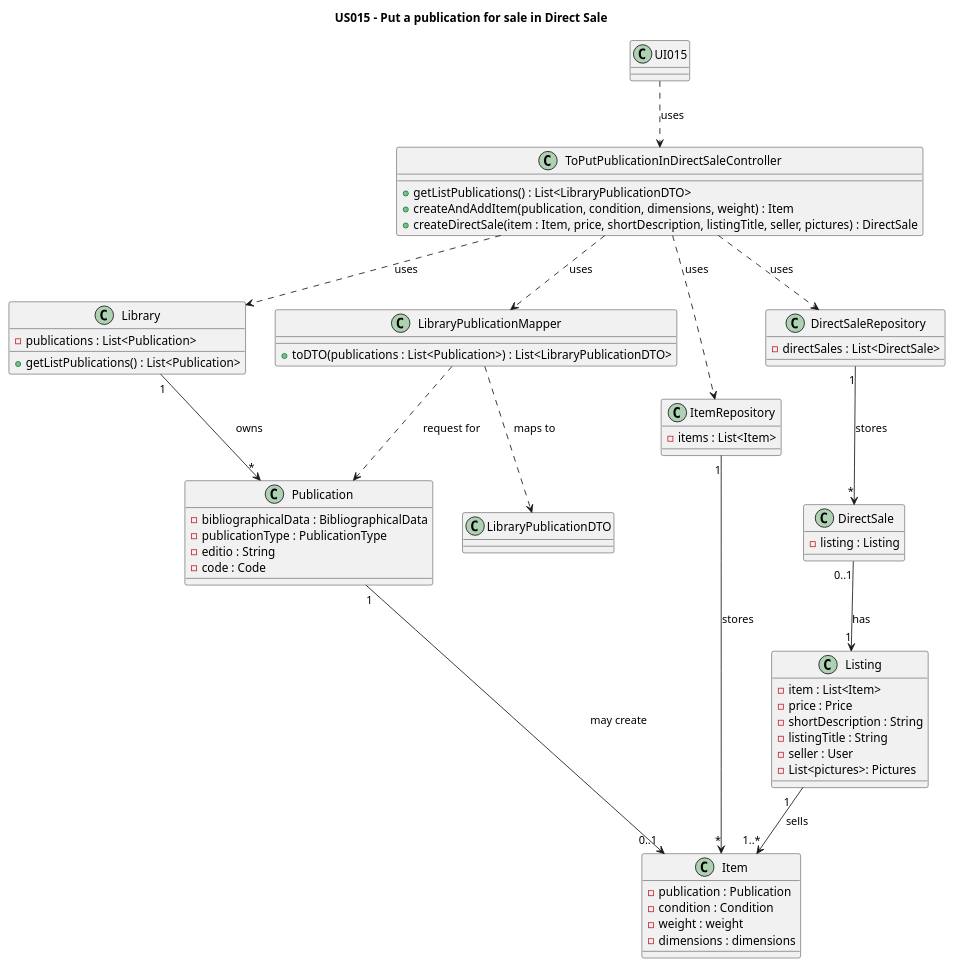
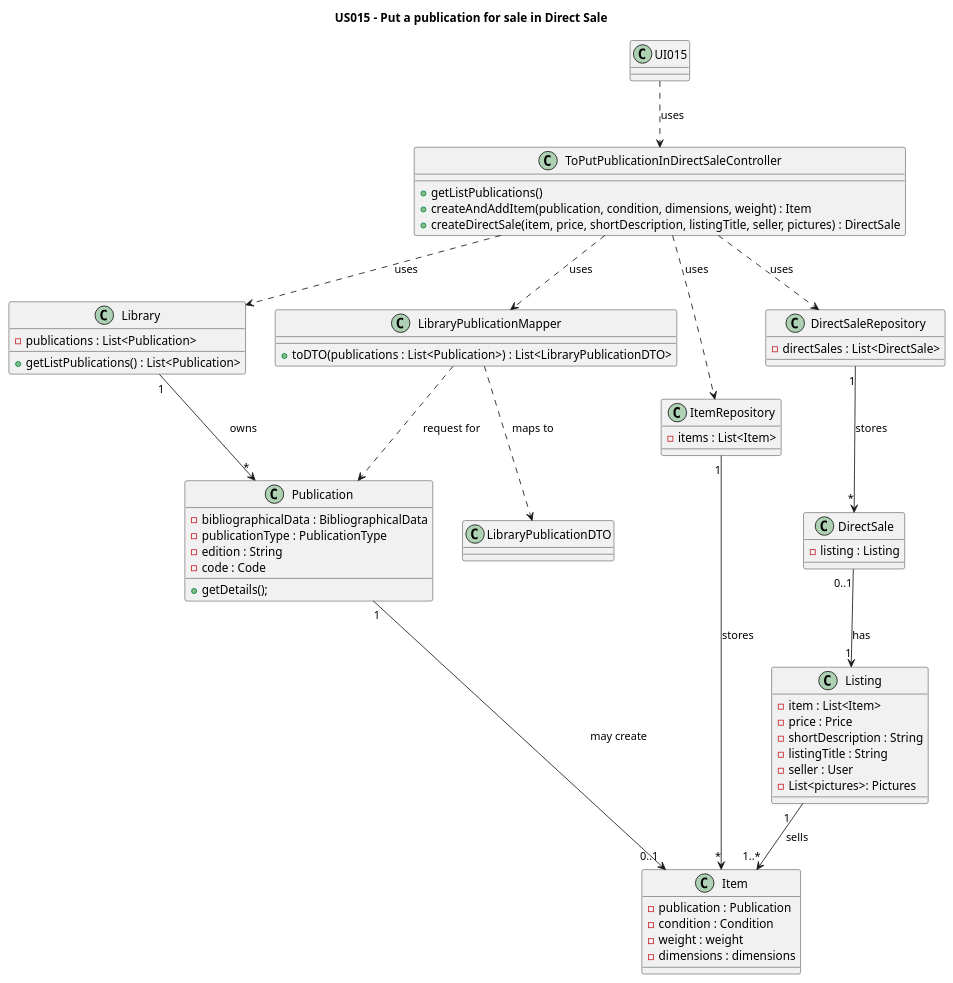
Before and after one commit to AndrePereiraGitH/SWitCH-Project-Team_A: the diagram in Diagrams/ClassDiagrams/US015-To-put-for-sale-a-publication-in-my-library-in-a-Direct-Sale.puml, drawn with PlantUML. The commit also changed 11 other files, not shown here.

```diff
--- a/Diagrams/ClassDiagrams/US015-To-put-for-sale-a-publication-in-my-library-in-a-Direct-Sale.puml
+++ b/Diagrams/ClassDiagrams/US015-To-put-for-sale-a-publication-in-my-library-in-a-Direct-Sale.puml
@@ -1,78 +1,80 @@
 @startuml
 title US015 - Put a publication for sale in Direct Sale
 
 class UI015 {}
 
 class ToPutPublicationInDirectSaleController {
-    + getListPublications() : List<LibraryPublicationDTO>
+    + getListPublications()
     + createAndAddItem(publication, condition, dimensions, weight) : Item
-    + createDirectSale(item : Item, price, shortDescription, listingTitle, seller, pictures) : DirectSale
+    + createDirectSale(item, price, shortDescription, listingTitle, seller, pictures) : DirectSale
 }
 class Library {
     - publications : List<Publication>
     + getListPublications() : List<Publication>
 }
 
 class Publication {
     - bibliographicalData : BibliographicalData
     - publicationType : PublicationType
-    - editio : String
+    - edition : String
     - code : Code
+    +getDetails();
 }
 
 class LibraryPublicationDTO
 
 class LibraryPublicationMapper {
     + toDTO(publications : List<Publication>) : List<LibraryPublicationDTO>
+
 }
 
 class Item {
     - publication : Publication
     - condition : Condition
     - weight : weight
     - dimensions : dimensions
 
 }
 
 class Listing {
     - item : List<Item>
     - price : Price
     - shortDescription : String
     - listingTitle : String
     - seller : User
     - List<pictures>: Pictures
 }
 class DirectSale {
     - listing : Listing
 }
 
 class ItemRepository {
     - items : List<Item>
 }
 
 class DirectSaleRepository {
     - directSales : List<DirectSale>
 }
 
 ' --- UI flow ---
 UI015 -.> ToPutPublicationInDirectSaleController : uses
 
 ' --- Use relationships ---
 ToPutPublicationInDirectSaleController -.> Library : uses
 ToPutPublicationInDirectSaleController -.> LibraryPublicationMapper : uses
 ToPutPublicationInDirectSaleController -.> ItemRepository : uses
 ToPutPublicationInDirectSaleController -.> DirectSaleRepository : uses
 
 ' --- Core domain relationships ---
 Library "1" --> "*" Publication : owns
 Publication "1" -> "0..1" Item : may create
 Listing "1   " --> "1..*" Item : sells
 DirectSale "0..1" --> "1" Listing : has
 
 ItemRepository "1" --> "*" Item : stores
 DirectSaleRepository "1" --> "*" DirectSale : stores
 
 LibraryPublicationMapper -.> Publication : request for
 LibraryPublicationMapper -.> LibraryPublicationDTO : maps to
 
 @enduml
```
